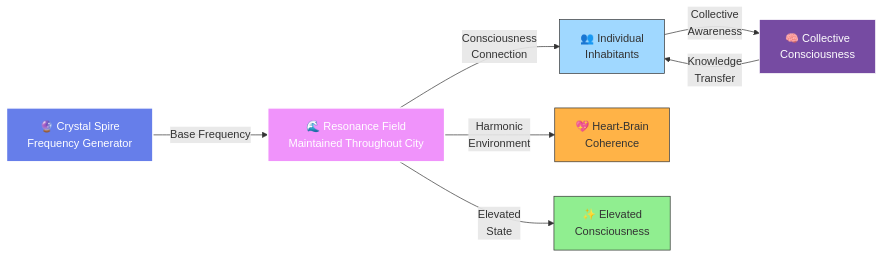
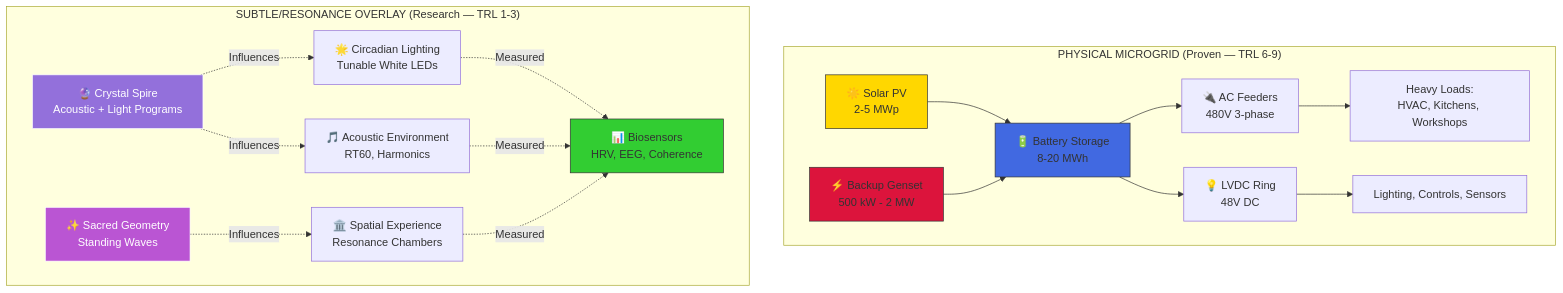
One commit to szemkoff/light-city-project changed the diagram in website/docs/concepts/energy-systems.md. Above: the diagram before and after it, drawn with Mermaid. The commit also changed other lines of this file, not shown here.

````diff
--- a/website/docs/concepts/energy-systems.md
+++ b/website/docs/concepts/energy-systems.md
@@ -129,23 +205,36 @@
 ```mermaid
-graph LR
-    CS["🔮 Crystal Spire<br/>Frequency Generator"]
+graph TD
+    subgraph "PHYSICAL MICROGRID (Proven — TRL 6-9)"
+        PV["☀️ Solar PV<br/>2-5 MWp"]
+        BATT["🔋 Battery Storage<br/>8-20 MWh"]
+        GEN["⚡ Backup Genset<br/>500 kW - 2 MW"]
+        
+        PV --> BATT
+        GEN --> BATT
+        BATT --> AC["🔌 AC Feeders<br/>480V 3-phase"]
+        BATT --> DC["💡 LVDC Ring<br/>48V DC"]
+        
+        AC --> LOADS_AC["Heavy Loads:<br/>HVAC, Kitchens, Workshops"]
+        DC --> LOADS_DC["Lighting, Controls, Sensors"]
+    end
     
-    CS -->|Base Frequency| RF["🌊 Resonance Field<br/>Maintained Throughout City"]
+    subgraph "SUBTLE/RESONANCE OVERLAY (Research — TRL 1-3)"
+        SPIRE["🔮 Crystal Spire<br/>Acoustic + Light Programs"]
+        GEOM["✨ Sacred Geometry<br/>Standing Waves"]
+        
+        SPIRE -.->|Influences| LIGHT["🌟 Circadian Lighting<br/>Tunable White LEDs"]
+        SPIRE -.->|Influences| SOUND["🎵 Acoustic Environment<br/>RT60, Harmonics"]
+        GEOM -.->|Influences| SPACE["🏛️ Spatial Experience<br/>Resonance Chambers"]
+        
+        LIGHT -.->|Measured| BIO["📊 Biosensors<br/>HRV, EEG, Coherence"]
+        SOUND -.->|Measured| BIO
+        SPACE -.->|Measured| BIO
+    end
     
-    RF -->|Consciousness<br/>Connection| I["👥 Individual<br/>Inhabitants"]
-    
-    I -->|Collective<br/>Awareness| CA["🧠 Collective<br/>Consciousness"]
-    
-    CA -->|Knowledge<br/>Transfer| I
-    
-    RF -->|Harmonic<br/>Environment| HC["💖 Heart-Brain<br/>Coherence"]
-    
-    RF -->|Elevated<br/>State| ES["✨ Elevated<br/>Consciousness"]
-    
-    style CS fill:#667eea,stroke:#fff,color:#fff,stroke-width:2px
-    style RF fill:#f093fb,stroke:#fff,color:#fff,stroke-width:2px
-    style CA fill:#764ba2,stroke:#fff,color:#fff
-    style I fill:#a0d8ff,stroke:#333
-    style HC fill:#ffb347,stroke:#333
-    style ES fill:#90EE90,stroke:#333
+    style PV fill:#FFD700,stroke:#333
+    style BATT fill:#4169E1,stroke:#333
+    style GEN fill:#DC143C,stroke:#333
+    style SPIRE fill:#9370DB,stroke:#fff,color:#fff
+    style GEOM fill:#BA55D3,stroke:#fff,color:#fff
+    style BIO fill:#32CD32,stroke:#333
 ```
````
